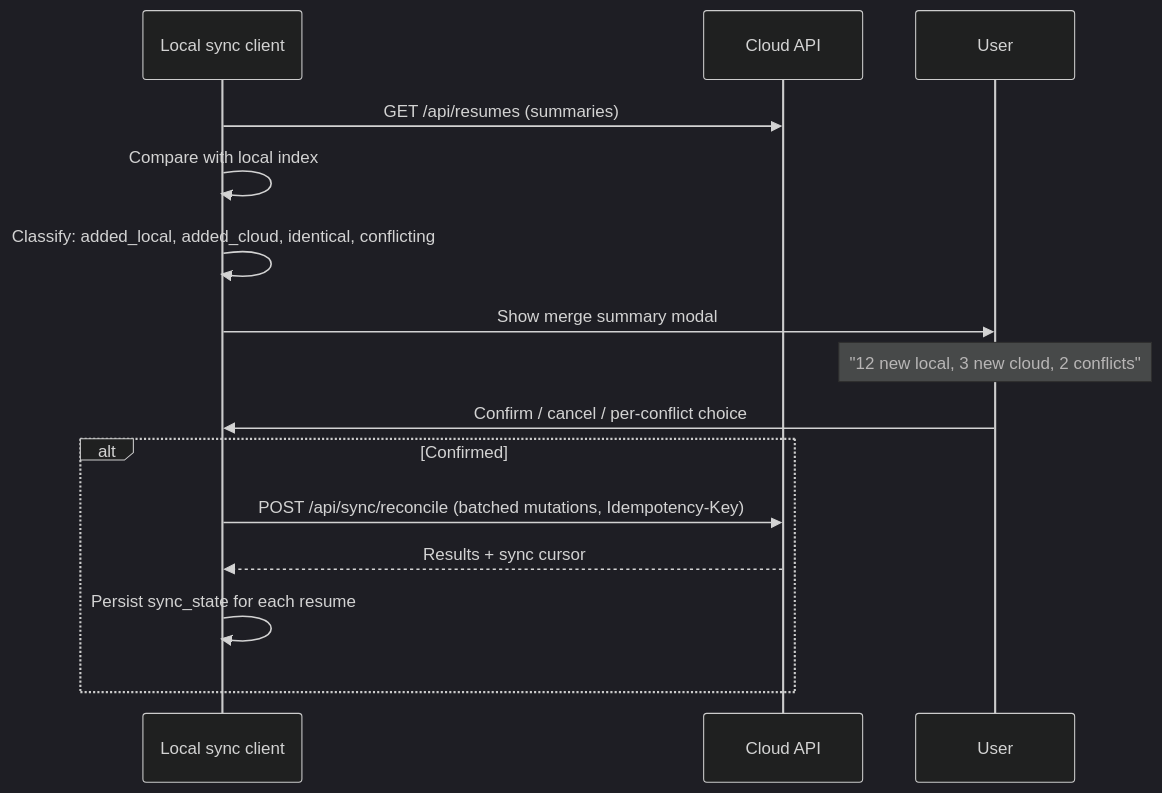
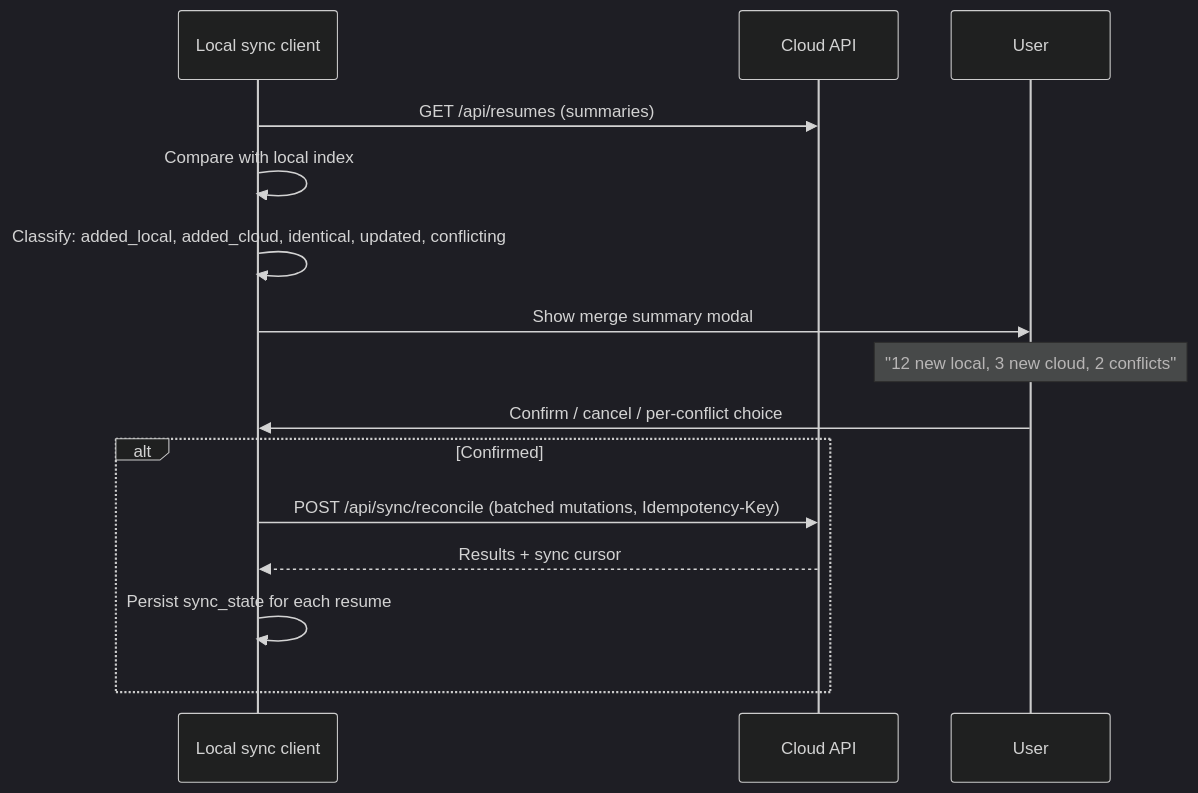
Before and after one commit to lgtm-hq/Rustume: the second of 3 diagrams in docs/rfc/0002-local-cloud-linking.md, drawn with Mermaid (dark theme). The commit also changed other lines of this file and 5 other files, not shown here.

````diff
--- a/docs/rfc/0002-local-cloud-linking.md
+++ b/docs/rfc/0002-local-cloud-linking.md
@@ -301,18 +318,18 @@
 ```mermaid
 sequenceDiagram
     participant LC as Local sync client
     participant CC as Cloud API
     participant U as User
 
     LC->>CC: GET /api/resumes (summaries)
     LC->>LC: Compare with local index
-    LC->>LC: Classify: added_local, added_cloud, identical, conflicting
+    LC->>LC: Classify: added_local, added_cloud, identical, updated, conflicting
     LC->>U: Show merge summary modal
     Note over U: "12 new local, 3 new cloud, 2 conflicts"
     U->>LC: Confirm / cancel / per-conflict choice
     alt Confirmed
         LC->>CC: POST /api/sync/reconcile (batched mutations, Idempotency-Key)
         CC-->>LC: Results + sync cursor
         LC->>LC: Persist sync_state for each resume
     end
 ```
````
